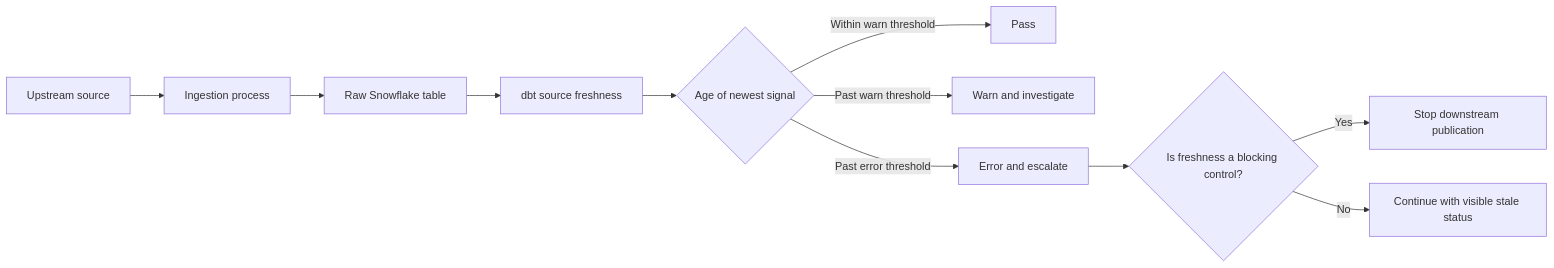
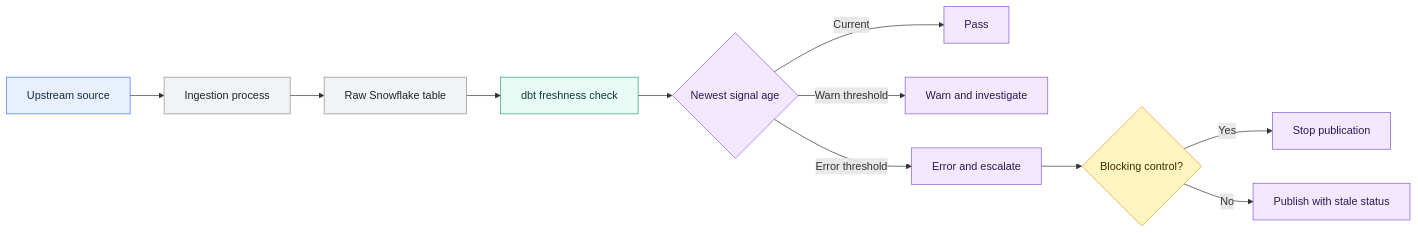
The first of 2 diagrams in 02 dbt/03 Testing Documentation and Data Quality/23 Source Freshness and SLA Monitoring.md (shonningsoy/Upskill), drawn with Mermaid before and after one commit. The commit also changed other lines of this file and 31 other files, not shown here.

````diff
--- a/02 dbt/03 Testing Documentation and Data Quality/23 Source Freshness and SLA Monitoring.md
+++ b/02 dbt/03 Testing Documentation and Data Quality/23 Source Freshness and SLA Monitoring.md
@@ -73,13 +74,24 @@
 ```mermaid
 flowchart LR
     A[Upstream source] --> B[Ingestion process]
     B --> C[Raw Snowflake table]
-    C --> D[dbt source freshness]
-    D --> E{Age of newest signal}
-    E -->|Within warn threshold| F[Pass]
-    E -->|Past warn threshold| G[Warn and investigate]
-    E -->|Past error threshold| H[Error and escalate]
-    H --> I{Is freshness a blocking control?}
-    I -->|Yes| J[Stop downstream publication]
-    I -->|No| K[Continue with visible stale status]
+    C --> D[dbt freshness check]
+    D --> E{Newest signal age}
+    E -->|Current| F[Pass]
+    E -->|Warn threshold| G[Warn and investigate]
+    E -->|Error threshold| H[Error and escalate]
+    H --> I{Blocking control?}
+    I -->|Yes| J[Stop publication]
+    I -->|No| K[Publish with stale status]
+
+    class A input
+    class I control
+    class D dbt
+    class B,C platform
+    class E,F,G,H,J,K output
+    classDef input fill:#E8F0FE,stroke:#4C6EF5,color:#172B4D
+    classDef control fill:#FFF3BF,stroke:#D69E2E,color:#3D2E00
+    classDef dbt fill:#E6FCF5,stroke:#2F9E7B,color:#123C34
+    classDef platform fill:#F1F3F5,stroke:#868E96,color:#212529
+    classDef output fill:#F3E8FF,stroke:#805AD5,color:#2D1B4E
 ```
````
